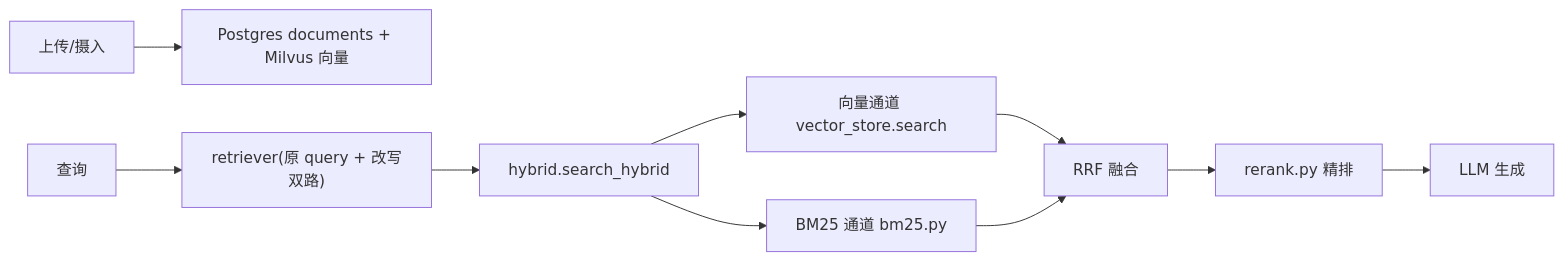
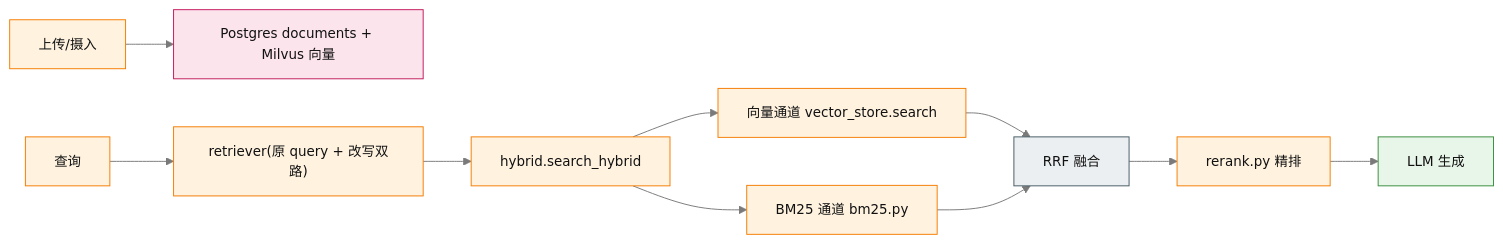
The fourth of 8 diagrams in docs/EXPLAIN.md (Zhuliqx/Agentchat), drawn with Mermaid before and after one commit. The commit also changed other lines of this file and 5 other files, not shown here.

Commit message:
优化mermaid图

````diff
--- a/docs/EXPLAIN.md
+++ b/docs/EXPLAIN.md
@@ -221,12 +231,17 @@
 ```mermaid
+%%{init: {"theme":"base", "themeVariables": {"primaryColor":"#ecf3ff", "primaryBorderColor":"#3b6fd4", "primaryTextColor":"#111", "lineColor":"#7a7a7a", "fontSize":"14px", "clusterBkg":"#f7f8fa", "clusterBorder":"#c4c9d2", "secondaryColor":"#fef9ef", "tertiaryColor":"#f2f7f2", "actorBkg":"#ecf3ff", "actorBorder":"#3b6fd4", "noteBkg":"#fef9ef"}}}%%
 flowchart LR
-    A["上传/摄入"] --> B["Postgres documents + Milvus 向量"]
-    Q["查询"] --> C["retriever(原 query + 改写双路)"]
-    C --> D["hybrid.search_hybrid"]
-    D --> E["向量通道 vector_store.search"]
-    D --> F["BM25 通道 bm25.py"]
-    E --> G["RRF 融合"]
+    classDef agent fill:#e8f5e9,stroke:#388e3c
+    classDef mem fill:#fce4ec,stroke:#c2185b
+    classDef rag fill:#fff3e0,stroke:#f57c00
+    classDef tool fill:#eceff1,stroke:#455a64
+    A["上传/摄入"]:::rag --> B["Postgres documents + Milvus 向量"]:::mem
+    Q["查询"]:::rag --> C["retriever(原 query + 改写双路)"]:::rag
+    C --> D["hybrid.search_hybrid"]:::rag
+    D --> E["向量通道 vector_store.search"]:::rag
+    D --> F["BM25 通道 bm25.py"]:::rag
+    E --> G["RRF 融合"]:::tool
     F --> G
-    G --> H["rerank.py 精排"]
-    H --> I["LLM 生成"]
+    G --> H["rerank.py 精排"]:::rag
+    H --> I["LLM 生成"]:::agent
 ```
````
